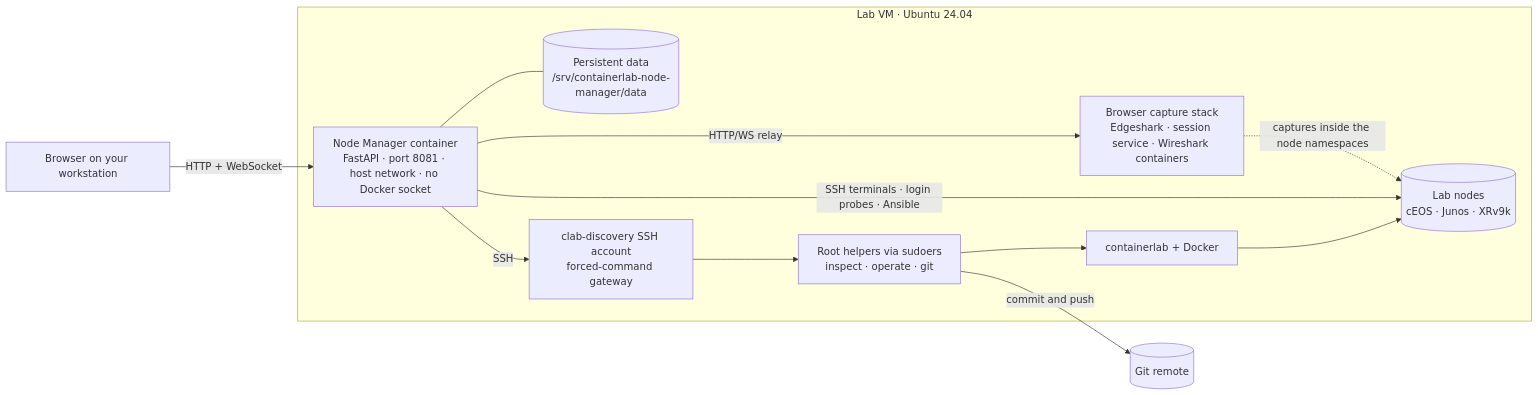
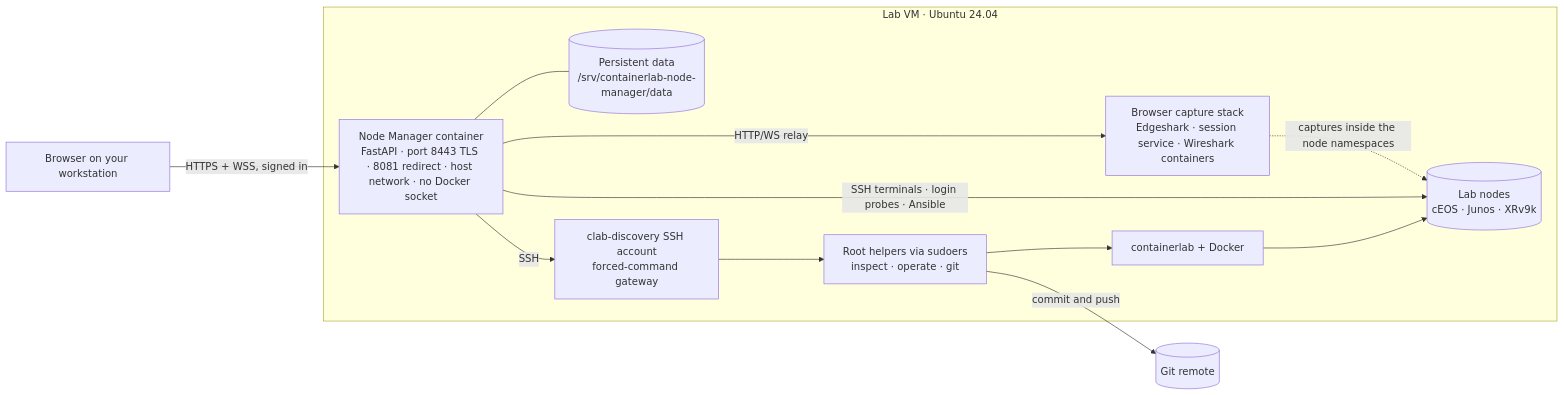
The diagram in README.md (ArchRuger/CLAB-BACKUP-WORKER-v2), drawn with Mermaid before and after one commit. The commit also changed other lines of this file and 13 other files, not shown here.

First line of the commit message:
docs(sign-on): S12b reference and architecture guides, new ACCOUNTS.md, audit rows

````diff
--- a/README.md
+++ b/README.md
@@ -121,21 +128,21 @@
 ```mermaid
 flowchart LR
     B["Browser on your workstation"]
     subgraph VM["Lab VM · Ubuntu 24.04"]
-        M["Node Manager container<br/>FastAPI · port 8081 · host network · no Docker socket"]
+        M["Node Manager container<br/>FastAPI · port 8443 TLS · 8081 redirect · host network · no Docker socket"]
         D[("Persistent data<br/>/srv/containerlab-node-manager/data")]
         G["clab-discovery SSH account<br/>forced-command gateway"]
         H["Root helpers via sudoers<br/>inspect · operate · git"]
         C["containerlab + Docker"]
         N[("Lab nodes<br/>cEOS · Junos · XRv9k")]
         W["Browser capture stack<br/>Edgeshark · session service · Wireshark containers"]
     end
     R[("Git remote")]
-    B -- "HTTP + WebSocket" --> M
+    B -- "HTTPS + WSS, signed in" --> M
     M --- D
     M -- "SSH" --> G --> H --> C --> N
     M -- "SSH terminals · login probes · Ansible" --> N
     M -- "HTTP/WS relay" --> W
     W -. "captures inside the node namespaces" .-> N
     H -- "commit and push" --> R
 ```
````
